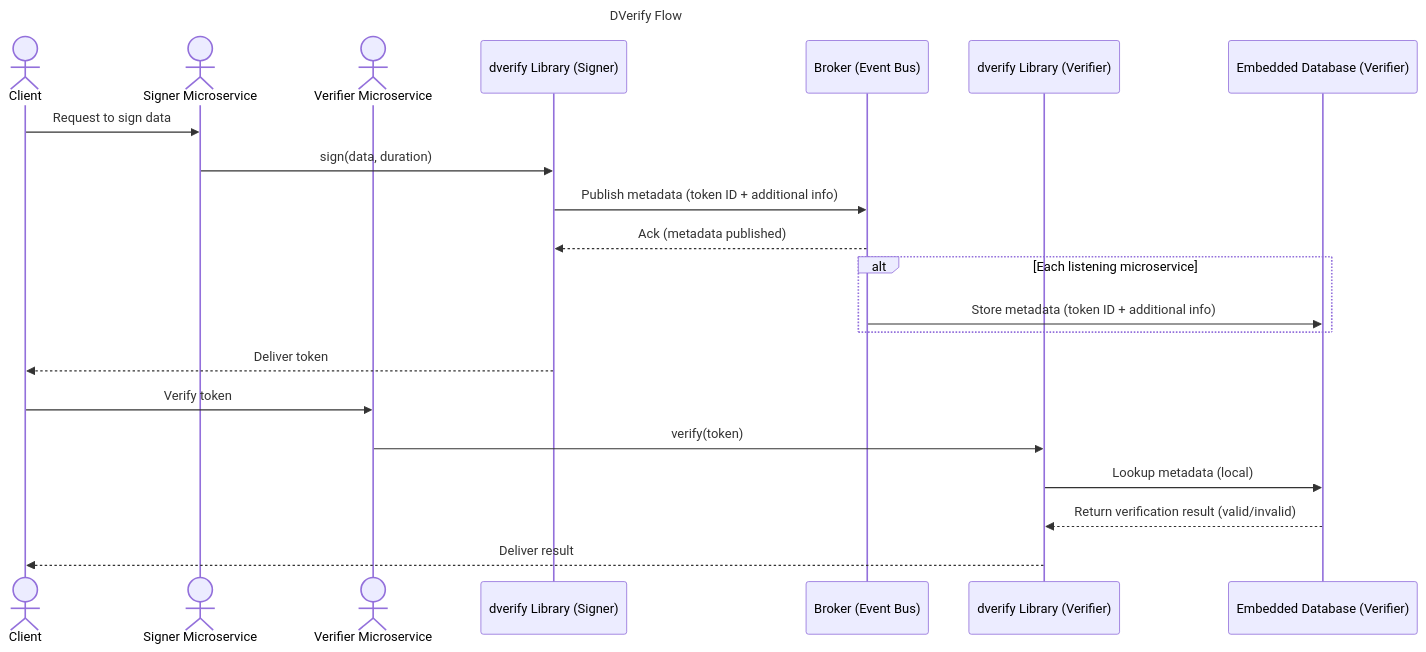
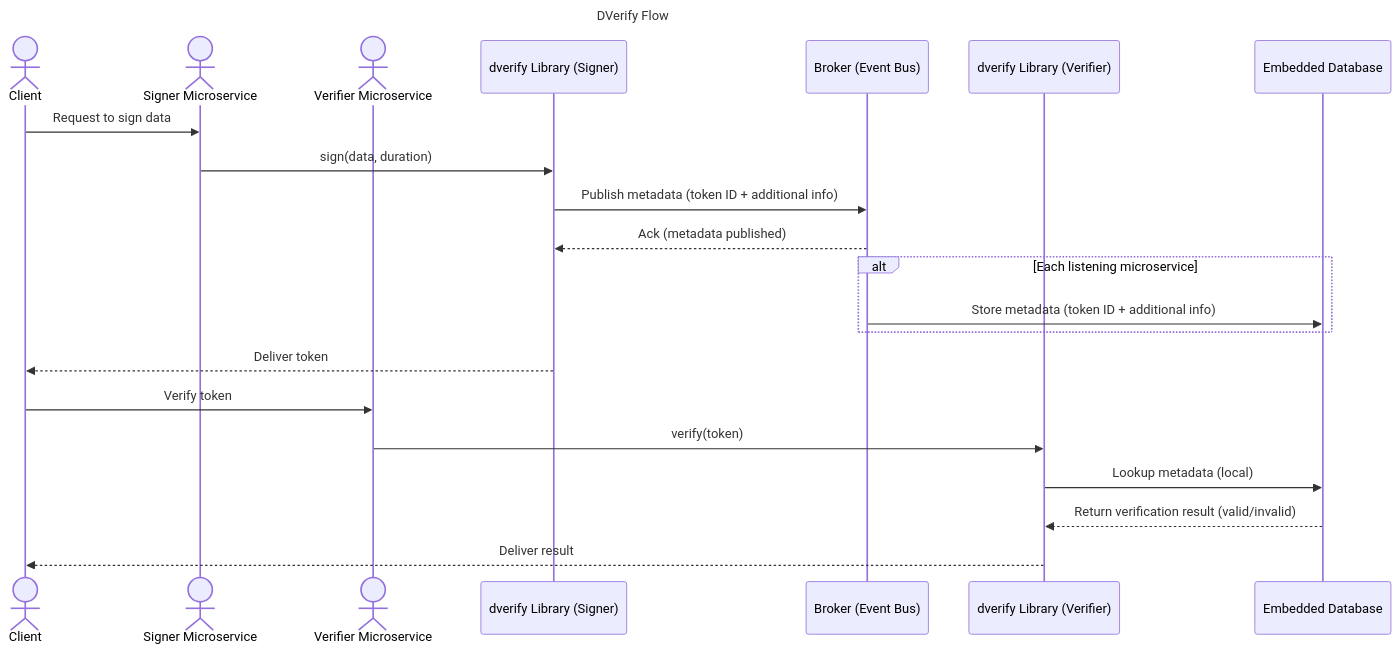
Before and after one commit to darlinho/dverify: the diagram in README.md, drawn with Mermaid.

````diff
--- a/README.md
+++ b/README.md
@@ -51,30 +51,30 @@
 ```mermaid
 sequenceDiagram
     title DVerify Flow
 
     actor Client
     actor Signer as Signer Microservice
     actor Verifier as Verifier Microservice
     
     participant DvSigner as dverify Library (Signer)
     participant Broker as Broker (Event Bus)
     participant DvVerifier as dverify Library (Verifier)
-    participant DB_Verifier as Embedded Database (Verifier)
+    participant DB_Verifier as Embedded Database
 
     %% Signing Phase
     Client->>Signer: Request to sign data
     Signer->>DvSigner: sign(data, duration)
     DvSigner->>Broker: Publish metadata (token ID + additional info)
     Broker-->>DvSigner: Ack (metadata published)
     alt Each listening microservice
         Broker->>DB_Verifier: Store metadata (token ID + additional info)
     end
     DvSigner-->>Client: Deliver token
 
     %% Verification Phase
     Client->>Verifier: Verify token
     Verifier->>DvVerifier: verify(token)
     DvVerifier->>DB_Verifier: Lookup metadata (local)
     DB_Verifier-->>DvVerifier: Return verification result (valid/invalid)
     DvVerifier-->>Client: Deliver result
 ```
````
